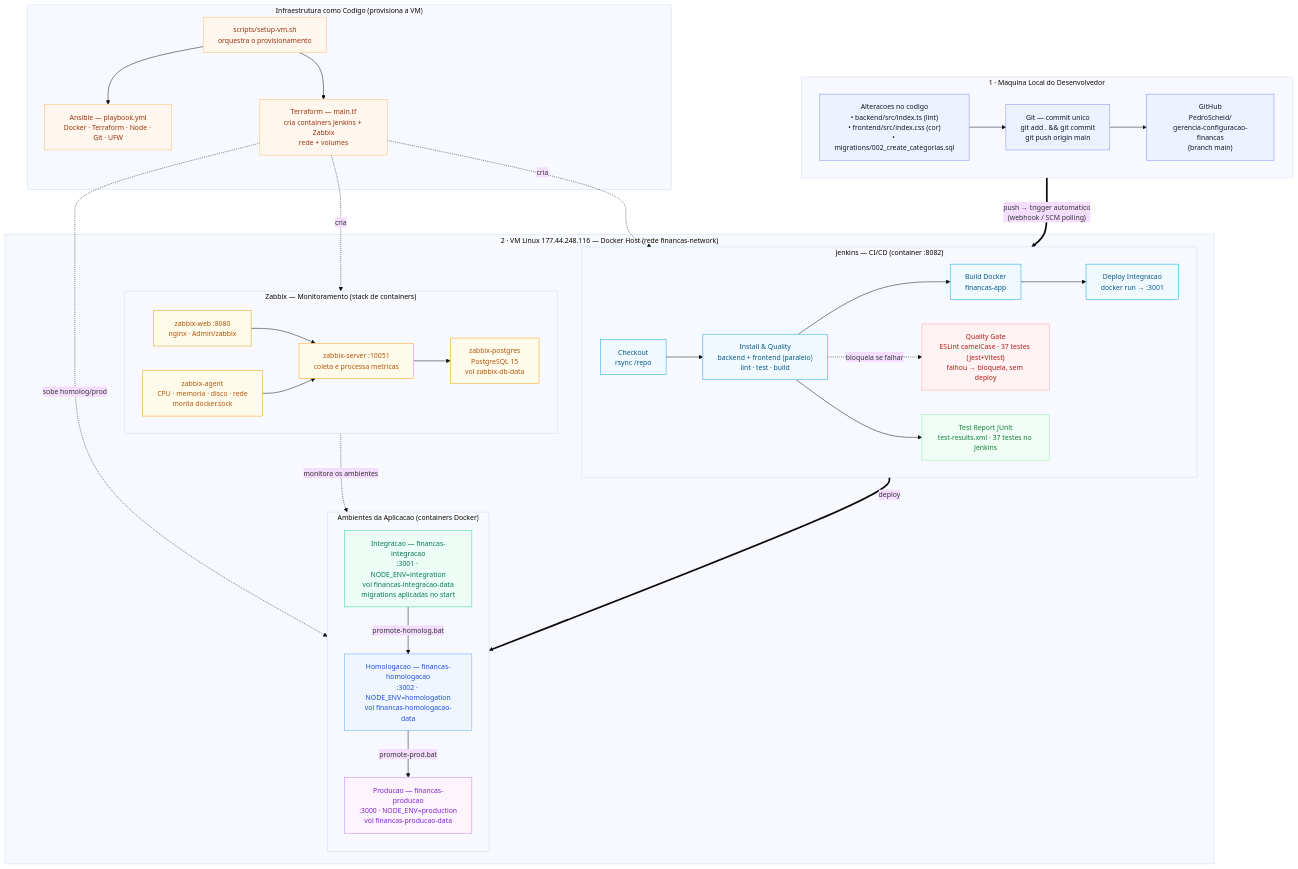
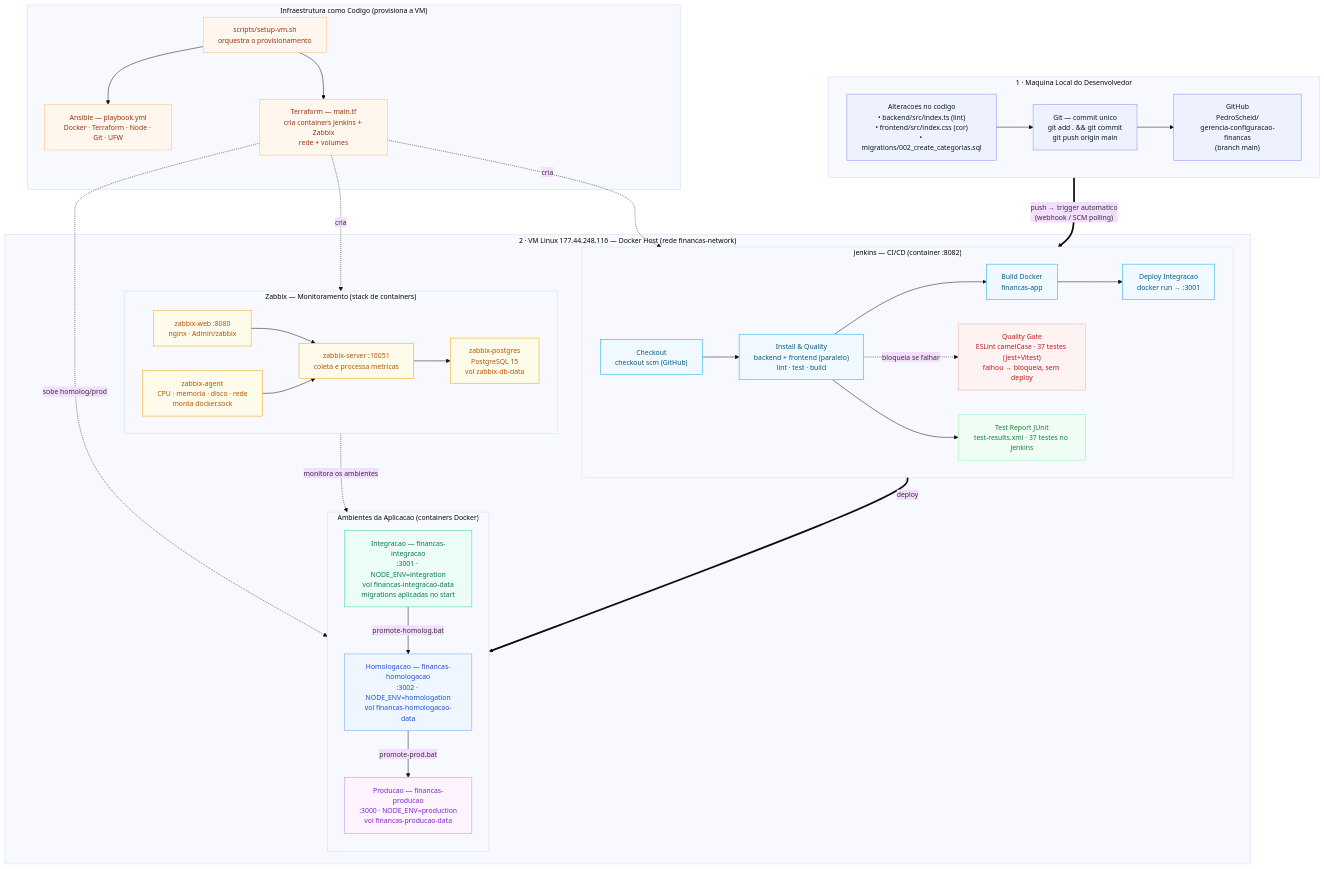
One commit to PedroScheid/gerencia-configuracao-financas changed the diagram in ARQUITETURA.md. Above: the diagram before and after it, drawn with Mermaid. The commit also changed 3 other files, not shown here.

Commit message:
Update architecture

```diff
--- a/ARQUITETURA.md
+++ b/ARQUITETURA.md
@@ -26,7 +26,7 @@
 
         subgraph JENKINS["Jenkins — CI/CD (container :8082)"]
             direction LR
-            S1["Checkout<br/>rsync /repo"]
+            S1["Checkout<br/>checkout scm (GitHub)"]
             S2["Install &amp; Quality<br/>backend + frontend (paralelo)<br/>lint · test · build"]
             S3["Build Docker<br/>financas-app"]
             S4["Deploy Integracao<br/>docker run → :3001"]
```
